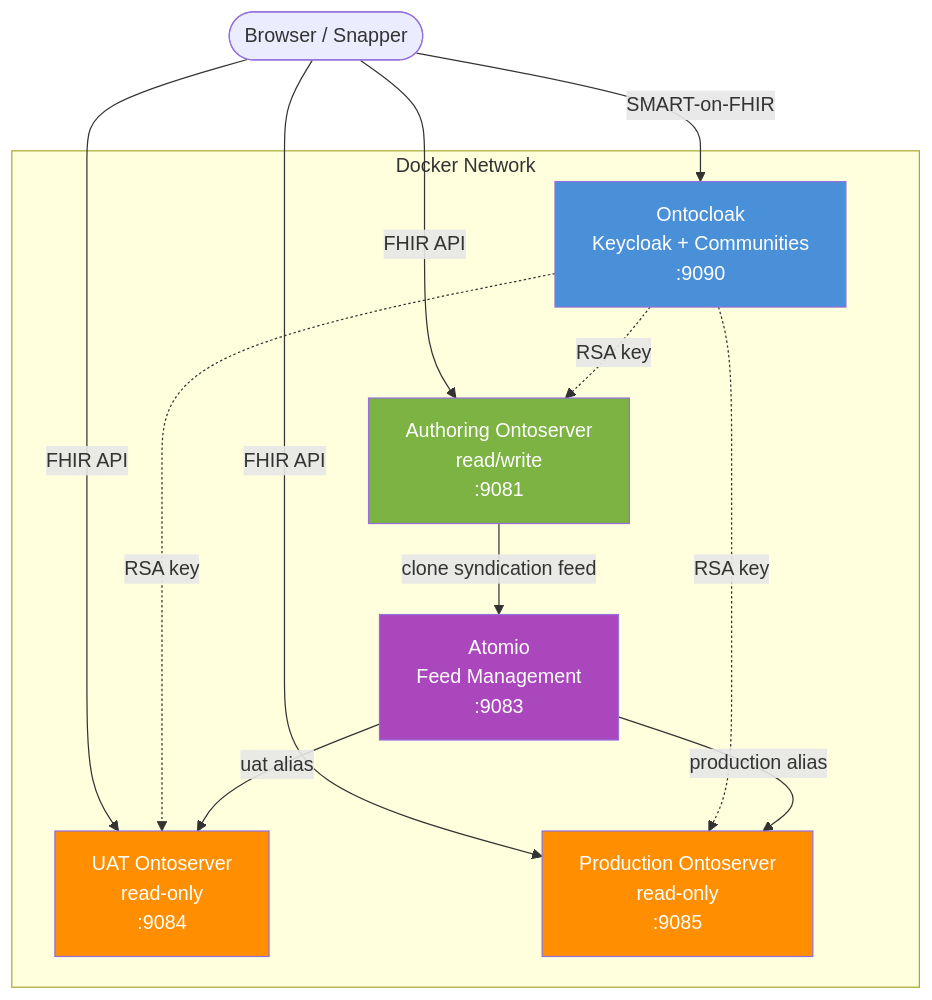
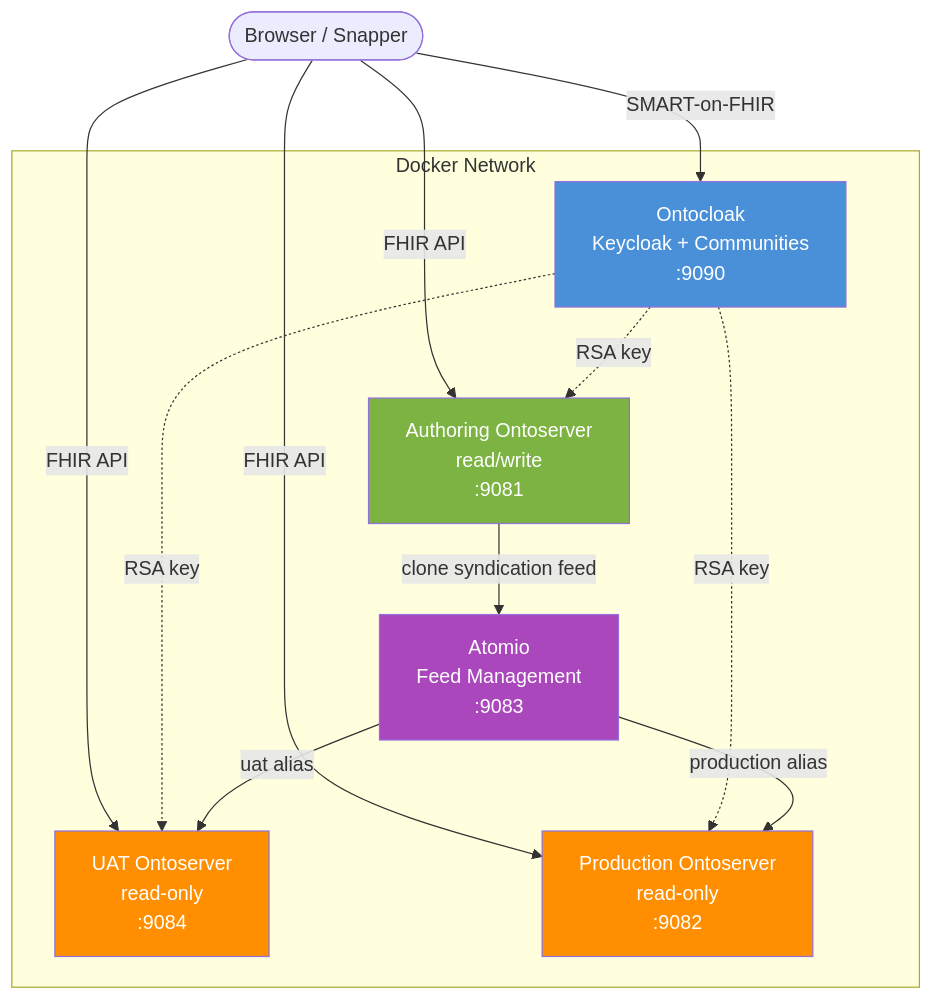
One commit to aehrc/ontoserver-deploy changed the second of 4 diagrams in examples/pathology-permissions-demo/docs/architecture.md. Above: the diagram before and after it, drawn with Mermaid. The commit also changed other lines of this file and 34 other files, not shown here.

````diff
--- a/examples/pathology-permissions-demo/docs/architecture.md
+++ b/examples/pathology-permissions-demo/docs/architecture.md
@@ -128,30 +128,30 @@
 ```mermaid
 graph TD
     subgraph Docker Network
         OC[Ontocloak<br/>Keycloak + Communities<br/>:9090]
 
         AO[Authoring Ontoserver<br/>read/write<br/>:9081]
         AT[Atomio<br/>Feed Management<br/>:9083]
         UAT[UAT Ontoserver<br/>read-only<br/>:9084]
-        PO[Production Ontoserver<br/>read-only<br/>:9085]
+        PO[Production Ontoserver<br/>read-only<br/>:9082]
     end
 
     Browser([Browser / Snapper]) -->|SMART-on-FHIR| OC
     Browser -->|FHIR API| AO
     Browser -->|FHIR API| UAT
     Browser -->|FHIR API| PO
 
     OC -.->|RSA key| AO
     OC -.->|RSA key| UAT
     OC -.->|RSA key| PO
 
     AO -->|clone syndication feed| AT
     AT -->|uat alias| UAT
     AT -->|production alias| PO
 
     style OC fill:#4a90d9,color:#fff
     style AO fill:#7cb342,color:#fff
     style AT fill:#ab47bc,color:#fff
     style UAT fill:#ff8f00,color:#fff
     style PO fill:#ff8f00,color:#fff
 ```
````
